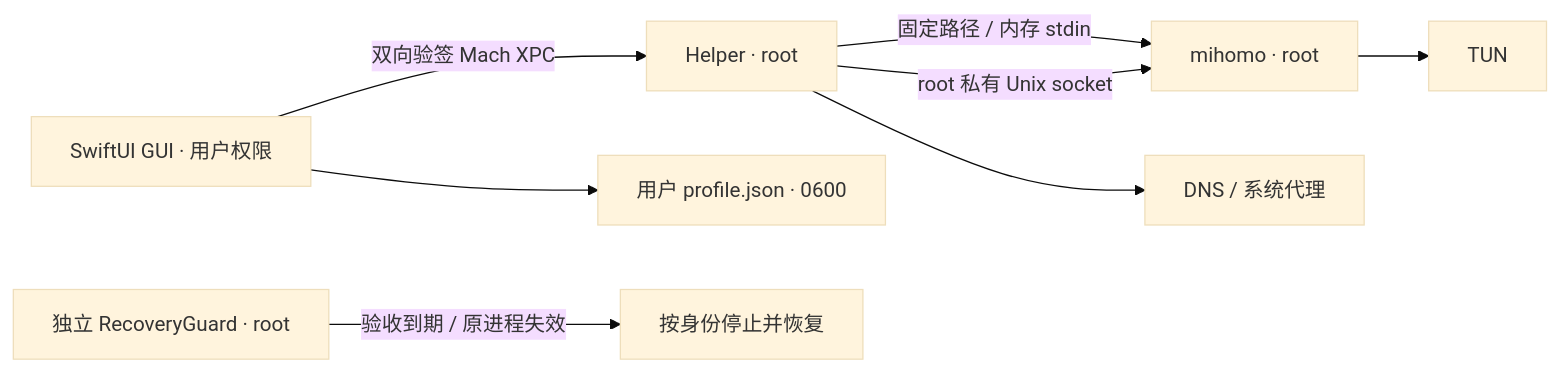
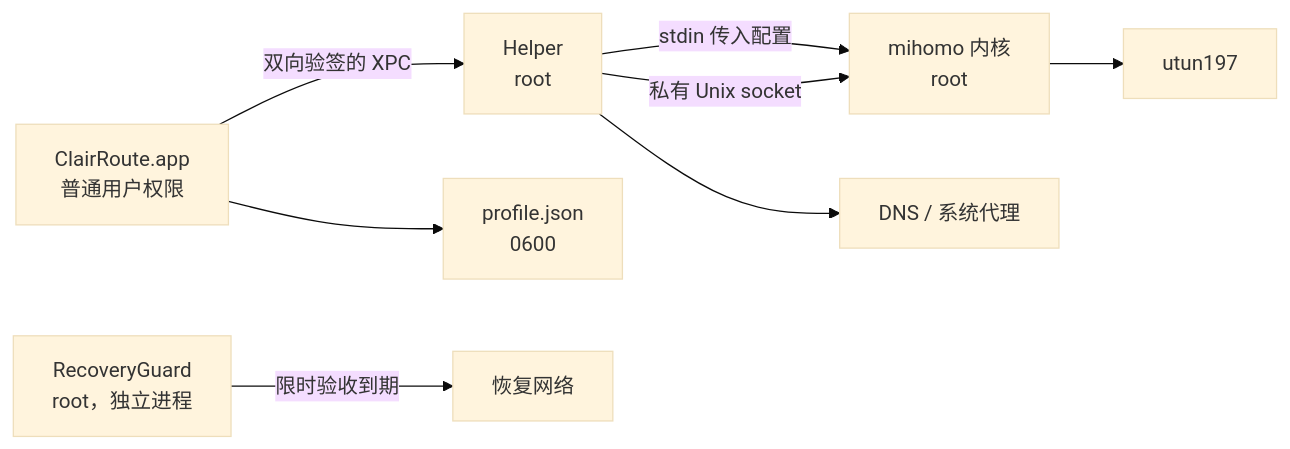
The diagram in README.md (yufei-zhou/ClairRoute), drawn with Mermaid (base theme) before and after one commit. The commit also changed other lines of this file and 19 other files, not shown here.

````diff
--- a/README.md
+++ b/README.md
@@ -78,10 +110,10 @@
 ```mermaid
 flowchart LR
-  GUI[SwiftUI GUI · 用户权限] -->|双向验签 Mach XPC| Helper[Helper · root]
-  GUI --> Profile[用户 profile.json · 0600]
-  Helper -->|固定路径 / 内存 stdin| Core[mihomo · root]
-  Helper -->|root 私有 Unix socket| Core
+  GUI[ClairRoute.app<br/>普通用户权限] -->|双向验签的 XPC| Helper[Helper<br/>root]
+  GUI --> Profile[profile.json<br/>0600]
+  Helper -->|stdin 传入配置| Core[mihomo 内核<br/>root]
+  Helper -->|私有 Unix socket| Core
   Helper --> System[DNS / 系统代理]
-  Core --> TUN[TUN]
-  Guard[独立 RecoveryGuard · root] -->|验收到期 / 原进程失效| Restore[按身份停止并恢复]
+  Core --> TUN[utun197]
+  Guard[RecoveryGuard<br/>root，独立进程] -->|限时验收到期| Restore[恢复网络]
 ```
````
